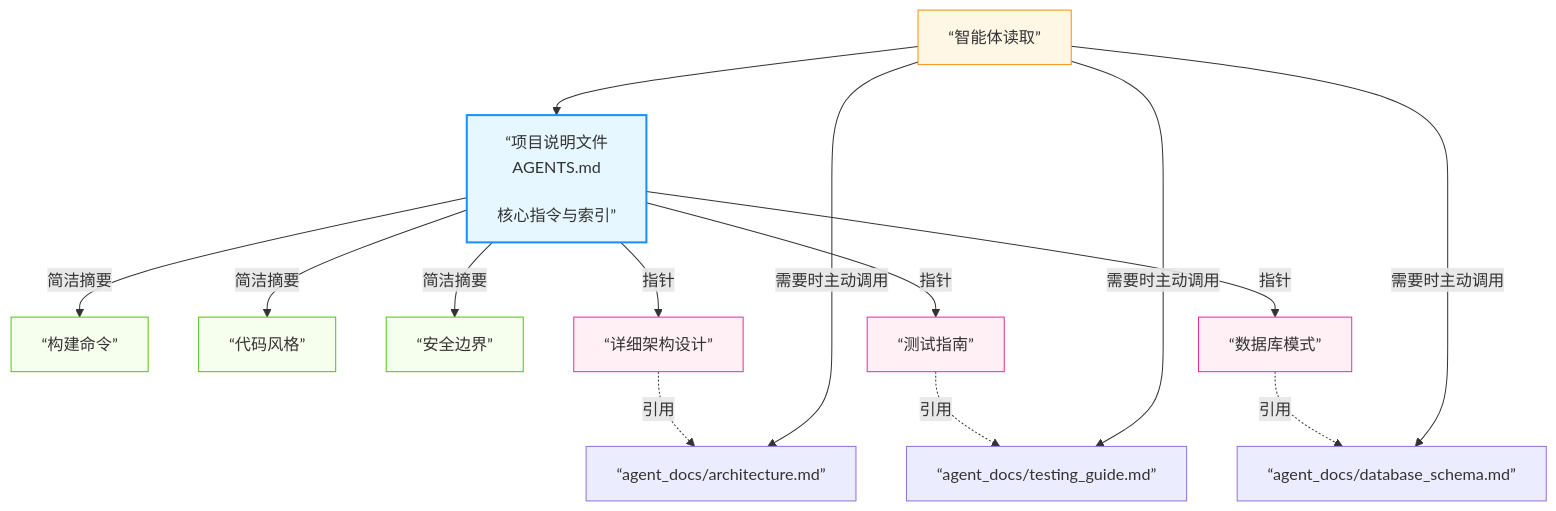
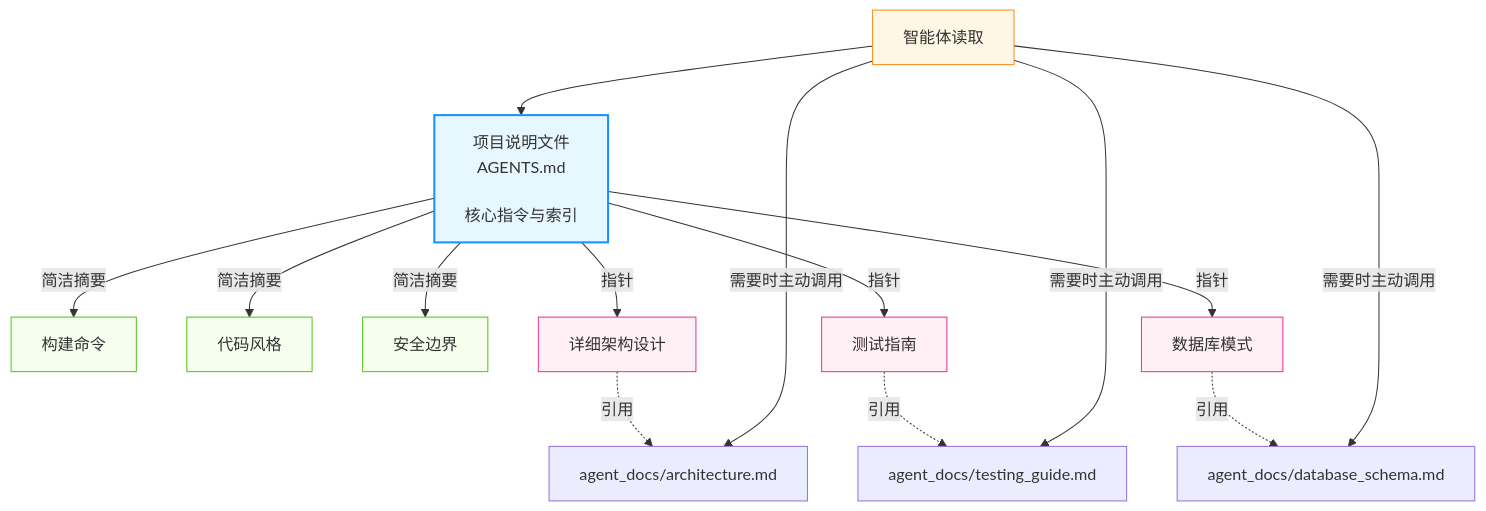
The second of 3 diagrams in 12_appendix/12.3_agents_md.md (yeasy/agentic_ai_guide), drawn with Mermaid before and after one commit. The commit also changed other lines of this file and 1 other file, not shown here.

Commit message:
Fix Mermaid Chinese quotes to ASCII

````diff
--- a/12_appendix/12.3_agents_md.md
+++ b/12_appendix/12.3_agents_md.md
@@ -232,27 +241,27 @@
 ```mermaid
 graph TD
-    A[“项目说明文件<br/>AGENTS.md<br/><br/>核心指令与索引”] -->|简洁摘要| B[“构建命令”]
-    A -->|简洁摘要| C[“代码风格”]
-    A -->|简洁摘要| D[“安全边界”]
-    A -->|指针| E[“详细架构设计”]
-    A -->|指针| F[“测试指南”]
-    A -->|指针| G[“数据库模式”]
+    A["项目说明文件<br/>AGENTS.md<br/><br/>核心指令与索引"] -->|简洁摘要| B["构建命令"]
+    A -->|简洁摘要| C["代码风格"]
+    A -->|简洁摘要| D["安全边界"]
+    A -->|指针| E["详细架构设计"]
+    A -->|指针| F["测试指南"]
+    A -->|指针| G["数据库模式"]
 
-    E -.->|引用| E1[“agent_docs/architecture.md”]
-    F -.->|引用| F1[“agent_docs/testing_guide.md”]
-    G -.->|引用| G1[“agent_docs/database_schema.md”]
+    E -.->|引用| E1["agent_docs/architecture.md"]
+    F -.->|引用| F1["agent_docs/testing_guide.md"]
+    G -.->|引用| G1["agent_docs/database_schema.md"]
 
-    H[“智能体读取”] --> A
+    H["智能体读取"] --> A
     H -->|需要时主动调用| E1
     H -->|需要时主动调用| F1
     H -->|需要时主动调用| G1
 
     style A fill:#e6f7ff,stroke:#1890ff,stroke-width:2px
     style B fill:#f6ffed,stroke:#52c41a,stroke-width:1px
     style C fill:#f6ffed,stroke:#52c41a,stroke-width:1px
     style D fill:#f6ffed,stroke:#52c41a,stroke-width:1px
     style E fill:#fff0f6,stroke:#eb2f96,stroke-width:1px
     style F fill:#fff0f6,stroke:#eb2f96,stroke-width:1px
     style G fill:#fff0f6,stroke:#eb2f96,stroke-width:1px
     style H fill:#fff7e6,stroke:#fa8c16,stroke-width:1px
 ```
````
